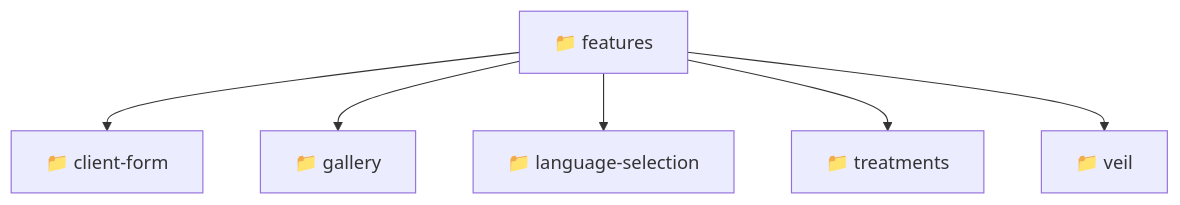
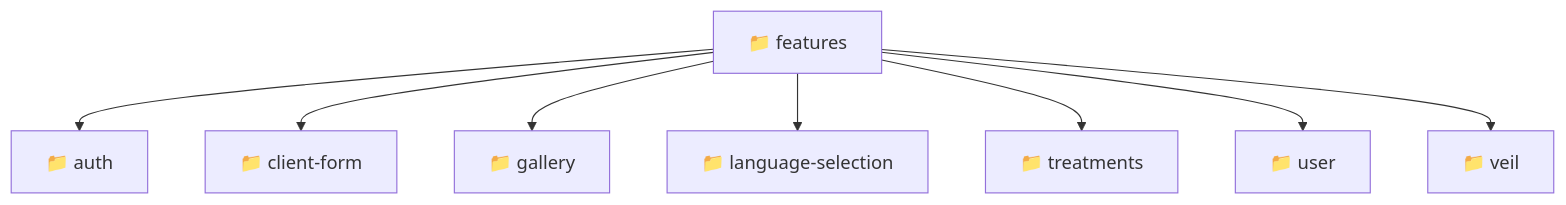
The diagram in frontend/src/features/README.md (beginwebdev2002/fullstack-mavluda), drawn with Mermaid before and after one commit. The commit also changed other lines of this file and 161 other files, not shown here.

````diff
--- a/frontend/src/features/README.md
+++ b/frontend/src/features/README.md
@@ -11,9 +11,11 @@
 ```mermaid
 graph TD
-  Root["📁 features"]
-  Root --> client-form["📁 client-form"]
-  Root --> gallery["📁 gallery"]
-  Root --> language-selection["📁 language-selection"]
-  Root --> treatments["📁 treatments"]
-  Root --> veil["📁 veil"]
+  Root_features["📁 features"]
+  Root_features --> auth["📁 auth"]
+  Root_features --> client_form["📁 client-form"]
+  Root_features --> gallery["📁 gallery"]
+  Root_features --> language_selection["📁 language-selection"]
+  Root_features --> treatments["📁 treatments"]
+  Root_features --> user["📁 user"]
+  Root_features --> veil["📁 veil"]
 ```
````
